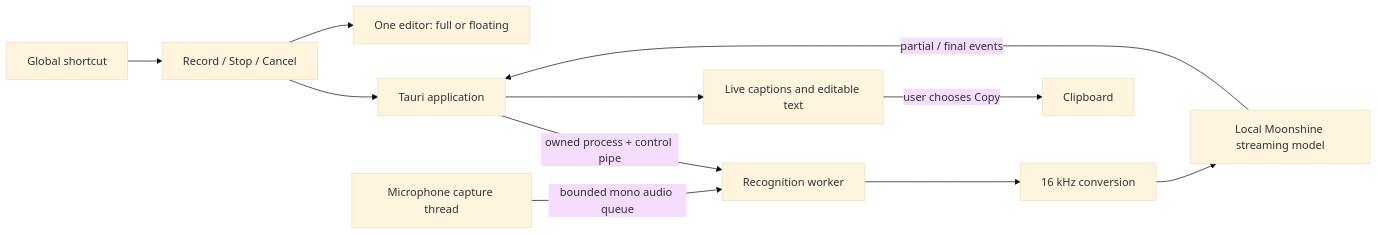
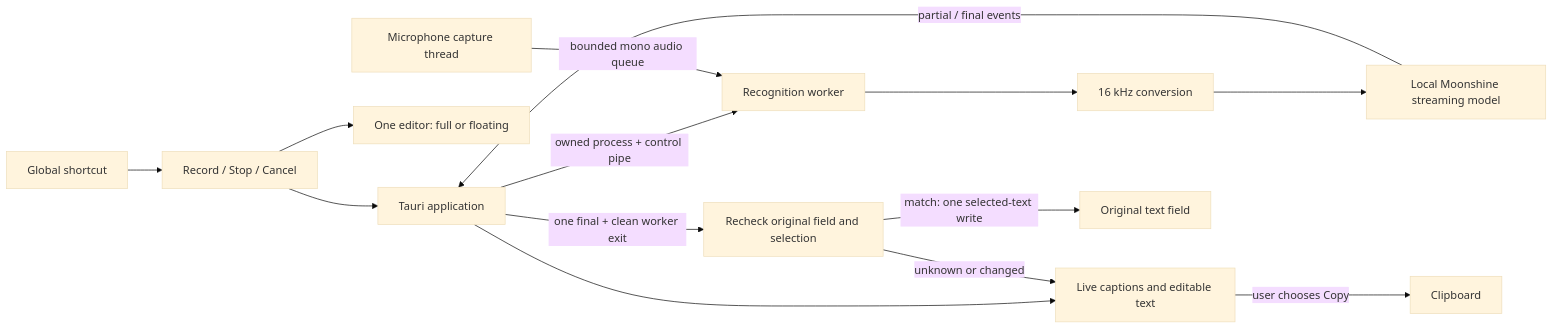
One commit to akashub/logia changed the diagram in README.md. Above: the diagram before and after it, drawn with Mermaid (base theme). The commit also changed other lines of this file and 19 other files, not shown here.

````diff
--- a/README.md
+++ b/README.md
@@ -33,13 +33,16 @@
 ```mermaid
 flowchart LR
     Shortcut[Global shortcut] --> UI
     UI[Record / Stop / Cancel] --> Parent[Tauri application]
     UI --> View[One editor: full or floating]
     Parent -->|owned process + control pipe| Worker[Recognition worker]
     Mic[Microphone capture thread] -->|bounded mono audio queue| Worker
     Worker --> Resample[16 kHz conversion]
     Resample --> Model[Local Moonshine streaming model]
     Model -->|partial / final events| Parent
     Parent --> Caption[Live captions and editable text]
+    Parent -->|one final + clean worker exit| Check[Recheck original field and selection]
+    Check -->|match: one selected-text write| Field[Original text field]
+    Check -->|unknown or changed| Caption
     Caption -->|user chooses Copy| Clipboard[Clipboard]
 ```
````
